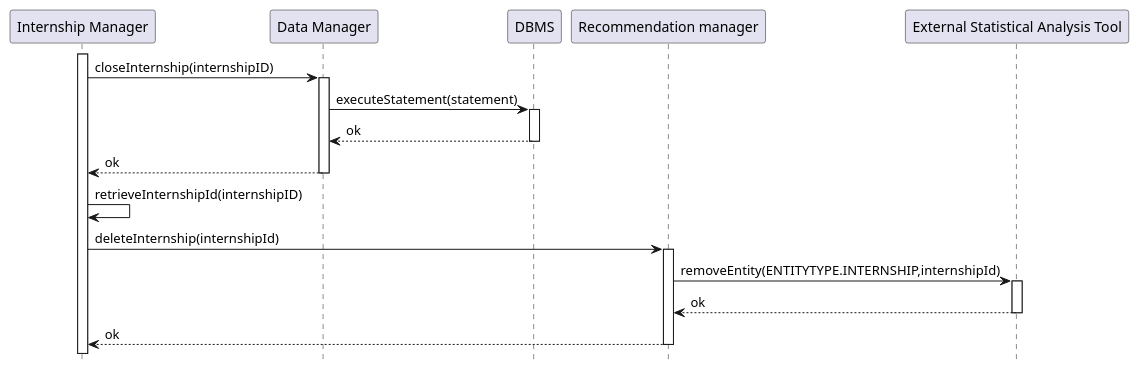
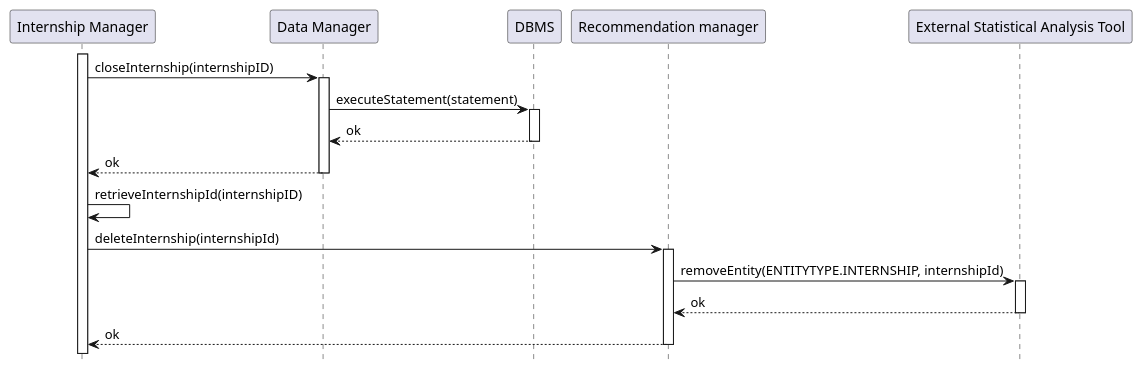
Before and after one commit to matti8702/R_and_DD_project_SE2: the diagram in DD/Architectural_design/uml_diagrams/RV29_diagram.puml, drawn with PlantUML. The commit also changed 3 other files, not shown here.

```diff
--- a/DD/Architectural_design/uml_diagrams/RV29_diagram.puml
+++ b/DD/Architectural_design/uml_diagrams/RV29_diagram.puml
@@ -1,28 +1,28 @@
 @startuml RV29
 hide footbox
 
 participant "Internship Manager" as IM
 participant "Data Manager" as DM
 participant "DBMS" as DB
 participant "Recommendation manager" as RM
 participant "External Statistical Analysis Tool" as ESAT
 
 activate IM
 IM -> DM   : closeInternship(internshipID)
 activate DM
 DM -> DB   : executeStatement(statement)
 activate DB
 DB --> DM  : ok
 deactivate DB
 DM --> IM  : ok
 deactivate DM
 IM -> IM   : retrieveInternshipId(internshipID)
 IM -> RM   : deleteInternship(internshipId)
 activate RM
-RM -> ESAT   : removeEntity(ENTITYTYPE.INTERNSHIP,internshipId)
+RM -> ESAT   : removeEntity(ENTITYTYPE.INTERNSHIP, internshipId)
 activate ESAT
 ESAT --> RM : ok
 deactivate ESAT
 RM --> IM  : ok
 deactivate RM
 @enduml
```
